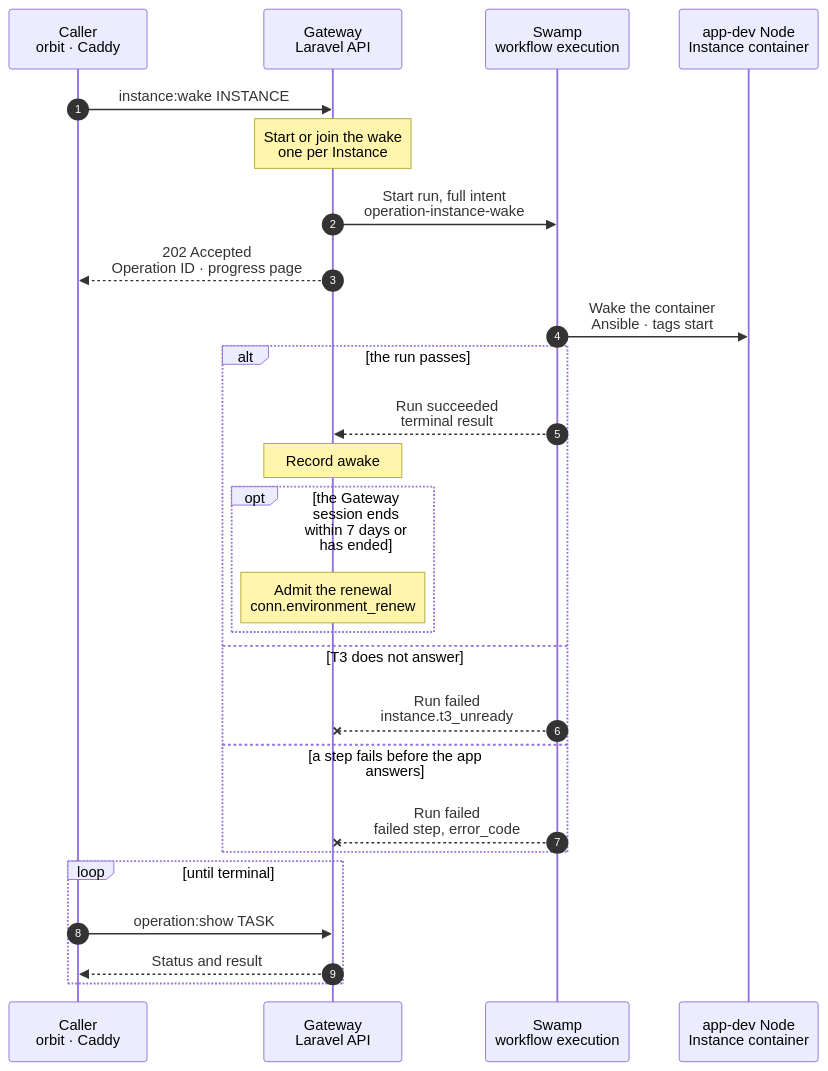
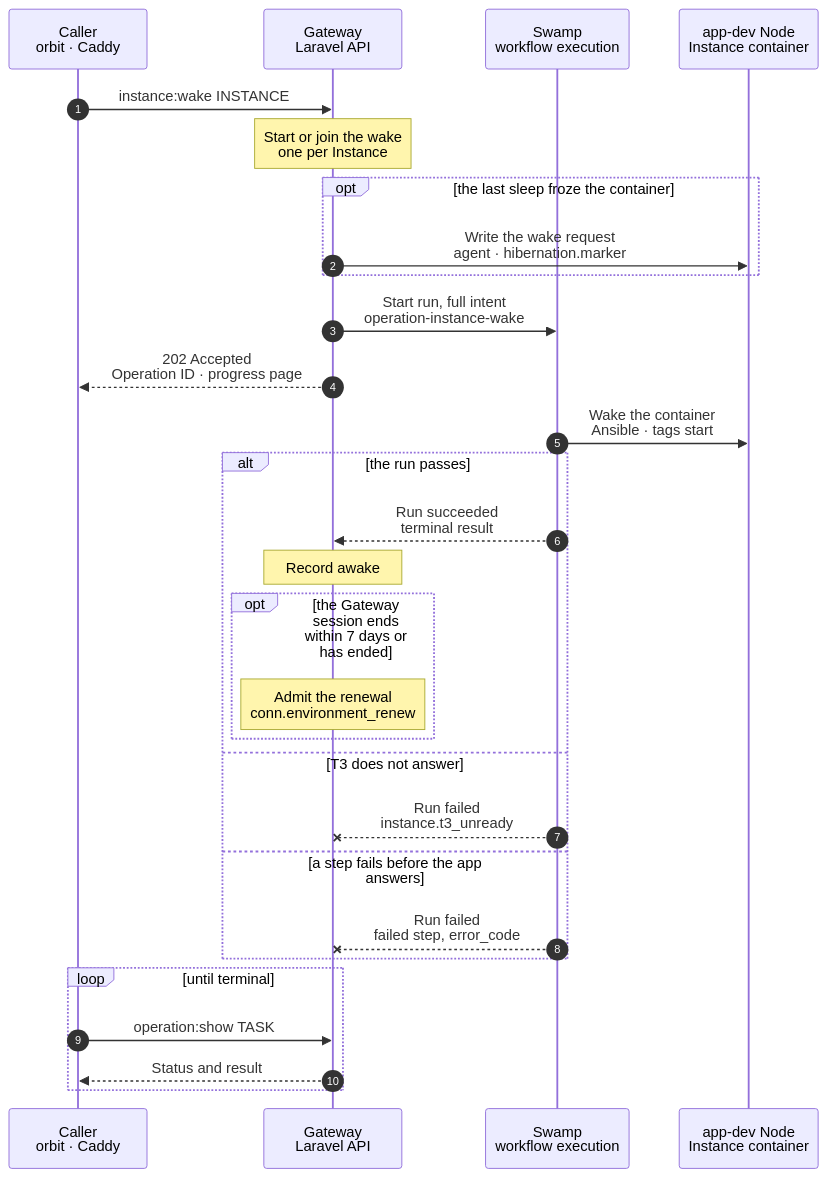
Before and after one commit to hardimpactdev/orbit: the diagram in docs/cli/instance/wake.mmd, drawn with Mermaid. The commit also changed 19 other files, not shown here.

First line of the commit message:
feat(instances): a visit to a frozen container gets the app in about a second (#3639)

```diff
--- a/docs/cli/instance/wake.mmd
+++ b/docs/cli/instance/wake.mmd
@@ -1,89 +1,112 @@
 sequenceDiagram
   %% Container runtime (ADR 0250 step 8, docs/reference/development-containers.md#sleep-and-wake): resume a sleeping development container, or start one that was stopped. A request to its Route admits the same kind through the runtime activation endpoint of docs/reference/app-dev-runtime-hibernation.md#wake.
   %% status: draft
   %% command: instance:wake
   %% kind: instance.wake
   autonumber
   %% lane CL icon=terminal pill=caller tone=gray
   %% lane GW icon=gateway pill=intent tone=blue
   %% lane SW icon=workflow pill=executes tone=green
   %% lane N icon=server pill=target tone=amber
   participant CL as Caller<br/>orbit · Caddy
   participant GW as Gateway<br/>Laravel API
   participant SW as Swamp<br/>workflow execution
   participant N as app-dev Node<br/>Instance container
   CL->>GW: instance:wake INSTANCE
   %%> Command:
   %%> - `orbit instance:wake INSTANCE`
   %%> - syntax: `<instance-id> [--json]`
   %%> Callers:
   %%> - the command
   %%> - Caddy on the Instance's Node, when a request finds the asleep marker: `GET runtime-activations/app-instance/ID`
   %%> - planned: a Conn device that opens the T3 server, and the task flow before a turn on an attached Instance
   %%> - a deployment of a sleeping default starts it in its own run instead
   %%> Requirements:
   %%> - the caller is the Instance's Node or has node access to it
   Note over GW: Start or join the wake<br/>one per Instance
   %%> When:
   %%> - an active development container that is not a nested-fleet Instance
   %%> - a clone of a nested-fleet default takes its start instead: see instance/start.mmd
   %%> Result:
   %%> - an open wake of the Instance is joined: a second caller gets the same Operation, Caddy the same progress page
   %%> - after a failed wake, Caddy gets the failure page with Try again until a retry or the command starts a new wake
   %%> On failure:
   %%> - no container, a nested-fleet Instance or other lifecycle work starts no run
+  opt the last sleep froze the container
+    %% path: resume
+    GW->>N: Write the wake request<br/>agent · hibernation.marker
+    %%> What it does:
+    %%> - the Operation is recorded without its run; the Node calls run after its commit
+    %%> - the frozen agent's `hibernation.marker` writes `/dev/shm/orbit/hibernation/app-instance-<id>.wake`; only root writes in that folder
+    %%> - the app-dev role's script, started by a systemd path unit, acts only on `instance-<id>` of `orbit-instances` found Frozen with its asleep marker and a request under 1 s old: `incus resume`, `memory.swap.max` 0, one request to FrankenPHP for an answer below 500 (1.5 s at most), then it removes the marker, writes `app-instance-<id>.resumed`, and rebuilds a stale library cache and CA bundle as the run does
+    %%> - the Gateway reads the request folder and the marker with `hibernation.times` until the resume shows, within 3 s
+    %%> Why:
+    %%> - measured on a frozen clone: the resume takes 0.02 s and the web probe 0.4 s, but the run's start-up and playbook took 8-13 s of the 9-19 s a visitor waited
+    %%> - the agent stays frozen (ADR 0253): two of its existing commands carry the request and the answer
+    %%> Result:
+    %%> - resumed: the Operation succeeds here with `wake: resumed`, `trigger_seconds` and `confirm_seconds`; `power_state` is `running`; Conn's renewal below runs as after a run
+    %%> - Caddy gets 307 to the same path: the browser sends the request again, with its method and body, and gets the app
+    %%> - an API caller gets 202 with the ended Operation
+    %%> - a caller who joins this wake waits for it up to the bound, then gets the same answer
+    %%> On failure:
+    %%> - the Node has no script (its first read also asks for it; the Node then skips this path for 10 minutes), the script declined (another state, FrankenPHP silent), an agent call or the Gateway failed, or the bound passed: the Gateway removes the request, and the same Operation starts the run below
+    %%> - a Gateway worker that dies here: a delayed start runs the same Operation's run 15 s later
+    %%> - a cancel during the resume keeps the Operation cancelled
+  end
   GW->>SW: Start run, full intent<br/>operation-instance-wake
   GW-->>CL: 202 Accepted<br/>Operation ID · progress page
   SW->>N: Wake the container<br/>Ansible · tags start
   %%> What it does:
   %%> - Frozen: `incus resume`, `memory.swap.max` back to 0, FrankenPHP gets 10 tries 1 s apart; nothing boots and nothing converges, `wake: resumed`
   %%> - Frozen and FrankenPHP silent: `incus stop --force`, then the boot below, `wake: restarted_after_resume`
   %%> - Stopped (after a host reboot or a sleep that fell back to a stop): the boot below, `wake: started`
   %%> - Running (after a reboot with `boot.autostart`): no start and no resume, `wake: already_running`
   %%> - a Frozen container without the marker is resumed; the result says `marker_found: false`
   %%> - boot: `incus start`; nftables, T3, FrankenPHP and the enabled Process units start with the container
   %%> - waits until each desired-running unit is active, then until FrankenPHP answers, else `instance.web_unready`
   %%> - a 5xx answer gets up to 5 s to clear; an app that answers 5xx by itself is then served as it is
   %%> - removes the asleep marker, so Caddy sends the next request to the app
+  %%> - then rebuilds the container's library cache with `ldconfig -X` when it lacks a soname of the runtime folder (a converge cannot exec in a frozen container); a failed check fails nothing
+  %%> - then runs `update-ca-certificates` when the CA bundle lacks the container's Orbit root (the converge writes the root's file, but a frozen container refuses the exec); a container without the file skips it
   %%> - then waits up to 30 s for T3's environment endpoint in a clone, else `instance.t3_unready`
   %%> Why:
   %%> - one playbook: a second Ansible start costs about 4 s on the visitor's path
   %%> - the visitor waits for the app, not for T3; T3 gates only the Operation's end
   %%> - unit enablement holds each Process's desired state, so a stopped Process stays stopped
   %%> When:
   %%> - the marker part runs only in a start whose intent names the marker; a deployment's start has none
   alt the run passes
     %% path: main
     SW-->>GW: Run succeeded<br/>terminal result
     Note over GW: Record awake
     %%> Result:
     %%> - the runtime's `power_state` is `running`; the Conn layer shows the T3 server awake
     %%> - the result names the path, `marker_found`, and a resume's `resume_seconds` and `web_probe_seconds`
     %%> - the progress page loads the original path
     opt the Gateway session ends within 7 days or has ended
       Note over GW: Admit the renewal<br/>conn.environment_renew
       %%> When:
       %%> - after the wake's transaction; it never fails the wake
       %%> What it does:
       %%> - see conn/environment-renew.mmd; the run needs no old session, so a session that ended during the sleep renews too
     end
   else T3 does not answer
     %% path: t3-unready
     SW--xGW: Run failed<br/>instance.t3_unready
     %%> Result:
     %%> - the Operation fails; the marker is gone and the Route serves the app
     %%> - the runtime's `power_state` is `running`, because the container runs
     %%> Retry:
     %%> - the same command; a start of a running container changes nothing
   else a step fails before the app answers
     %% path: failed
     SW--xGW: Run failed<br/>failed step, error_code
     %%> Result:
     %%> - the asleep marker stays; the Route shows the failure page with Try again
     %%> Retry:
     %%> - Try again or the same command; a start of a running container changes nothing
   end
   loop until terminal
     CL->>GW: operation:show TASK
     GW-->>CL: Status and result
   end
```
